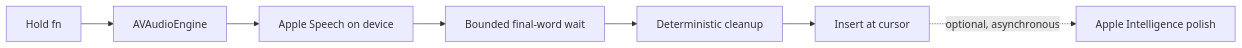
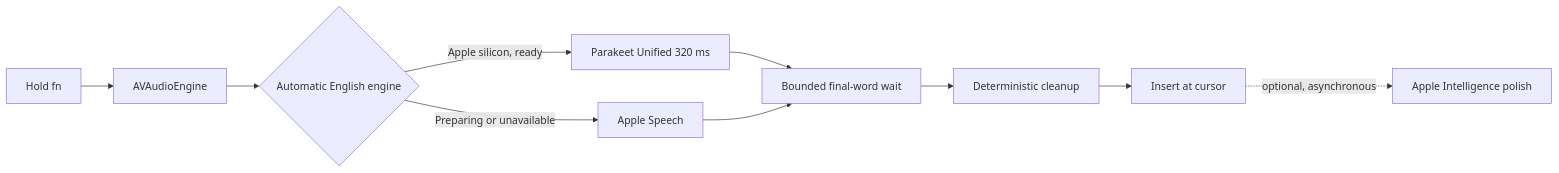
Before and after one commit to mithulram/Talkmore: the diagram in README.md, drawn with Mermaid. The commit also changed other lines of this file and 25 other files, not shown here.

Commit message:
feat: add automatic high-accuracy English dictation

````diff
--- a/README.md
+++ b/README.md
@@ -56,9 +59,12 @@
 ```mermaid
 flowchart LR
     A[Hold fn] --> B[AVAudioEngine]
-    B --> C[Apple Speech on device]
-    C --> D[Bounded final-word wait]
+    B --> C{Automatic English engine}
+    C -->|Apple silicon, ready| P[Parakeet Unified 320 ms]
+    C -->|Preparing or unavailable| S[Apple Speech]
+    P --> D[Bounded final-word wait]
+    S --> D
     D --> E[Deterministic cleanup]
     E --> F[Insert at cursor]
     F -. optional, asynchronous .-> G[Apple Intelligence polish]
 ```
````
